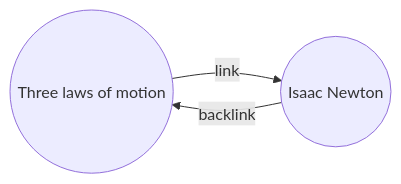
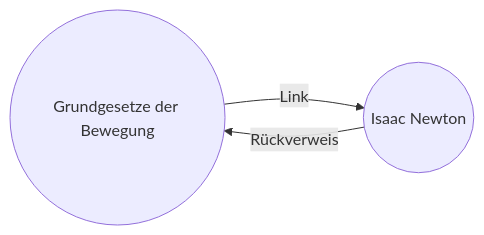
One commit to Mephi78/obsidian-help-de changed the diagram in de/Integrierte Erweiterungen/Rückverweise.md. Above: the diagram before and after it, drawn with Mermaid. The commit also changed other lines of this file and 20 other files, not shown here.

````diff
--- a/de/Integrierte Erweiterungen/Rückverweise.md
+++ b/de/Integrierte Erweiterungen/Rückverweise.md
@@ -11,8 +11,8 @@
 ```mermaid
 flowchart LR
-  laws((Three laws of motion))
+  gesetze((Grundgesetze der Bewegung))
   newton((Isaac Newton))
 
-  laws --link--> newton
-  newton --backlink--> laws
+  gesetze --Link--> newton
+  newton --Rückverweis--> gesetze
 ```
````
